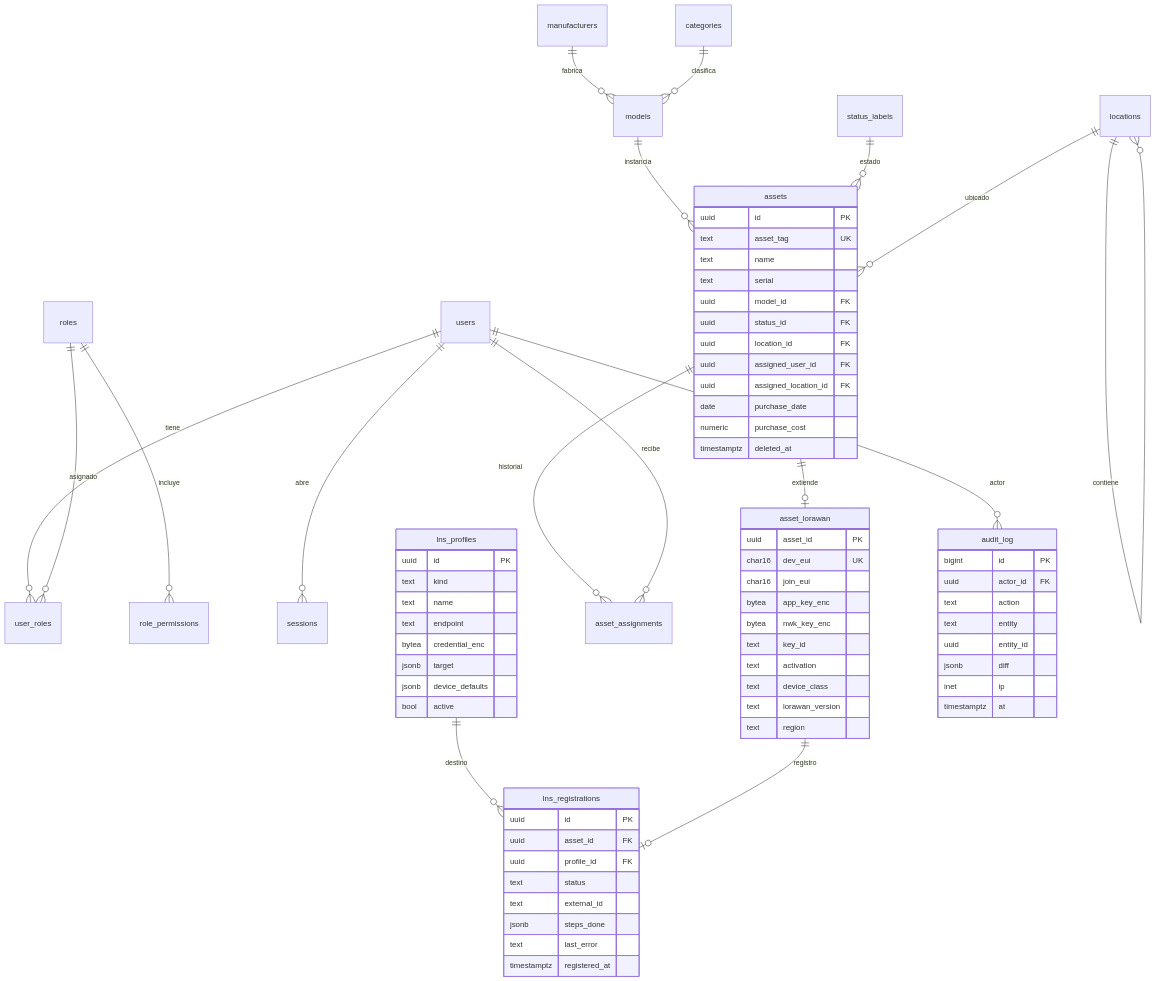
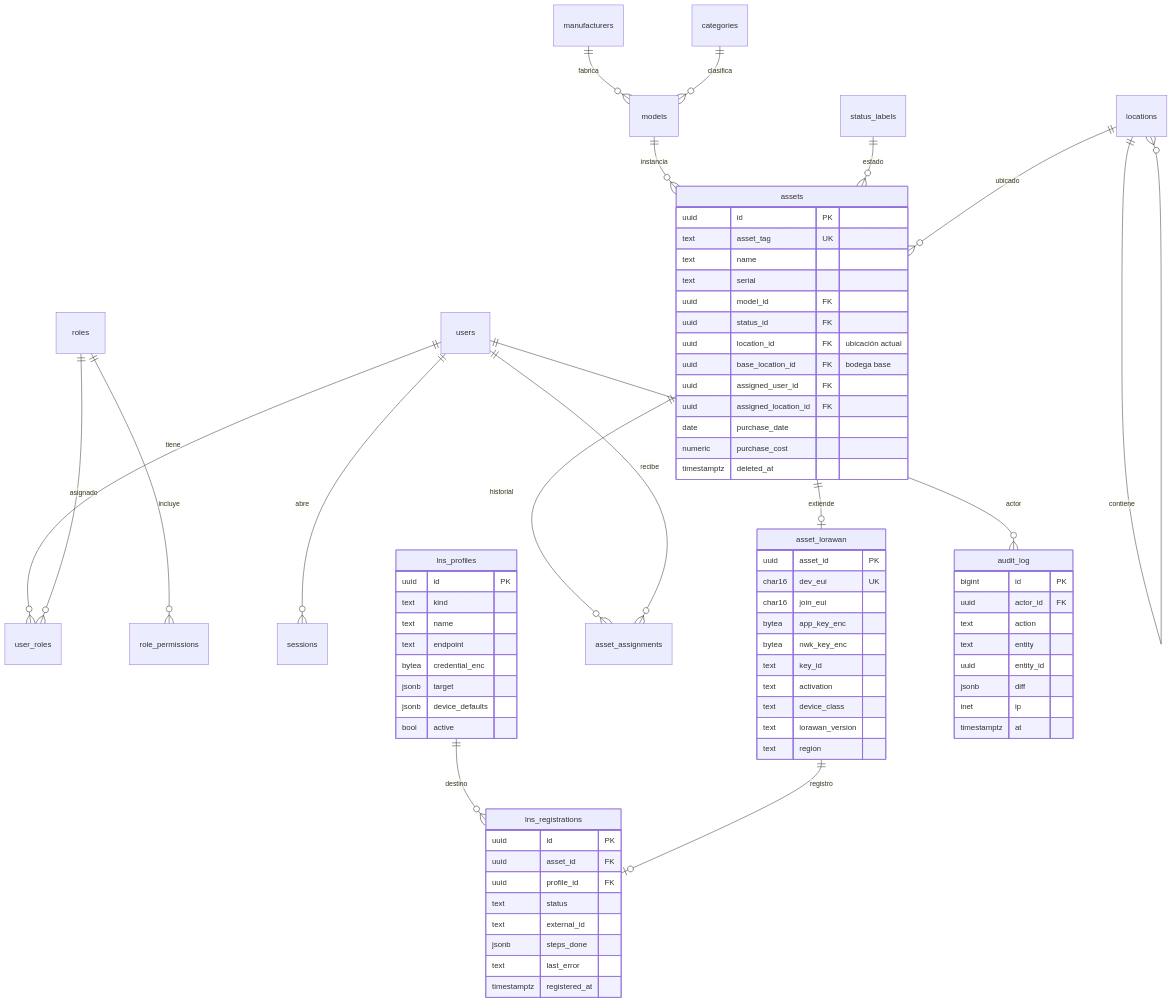
One commit to cvrsed/inventarius changed the third of 4 diagrams in docs/requirements.md. Above: the diagram before and after it, drawn with Mermaid. The commit also changed other lines of this file and 35 other files, not shown here.

First line of the commit message:
feat: tipo de ubicación, ubicación base y devolución a bodega (RF-12, RF-20, RF-23)

````diff
--- a/docs/requirements.md
+++ b/docs/requirements.md
@@ -319,76 +319,77 @@
 ```mermaid
 erDiagram
     users ||--o{ user_roles : tiene
     roles ||--o{ user_roles : asignado
     roles ||--o{ role_permissions : incluye
     users ||--o{ sessions : abre
     manufacturers ||--o{ models : fabrica
     categories ||--o{ models : clasifica
     models ||--o{ assets : instancia
     status_labels ||--o{ assets : estado
     locations ||--o{ assets : ubicado
     locations ||--o{ locations : contiene
     assets ||--o| asset_lorawan : extiende
     assets ||--o{ asset_assignments : historial
     users ||--o{ asset_assignments : recibe
     lns_profiles ||--o{ lns_registrations : destino
     asset_lorawan ||--o| lns_registrations : registro
     users ||--o{ audit_log : actor
 
     assets {
         uuid id PK
         text asset_tag UK
         text name
         text serial
         uuid model_id FK
         uuid status_id FK
-        uuid location_id FK
+        uuid location_id FK "ubicación actual"
+        uuid base_location_id FK "bodega base"
         uuid assigned_user_id FK
         uuid assigned_location_id FK
         date purchase_date
         numeric purchase_cost
         timestamptz deleted_at
     }
     asset_lorawan {
         uuid asset_id PK
         char16 dev_eui UK
         char16 join_eui
         bytea app_key_enc
         bytea nwk_key_enc
         text key_id
         text activation
         text device_class
         text lorawan_version
         text region
     }
     lns_profiles {
         uuid id PK
         text kind
         text name
         text endpoint
         bytea credential_enc
         jsonb target
         jsonb device_defaults
         bool active
     }
     lns_registrations {
         uuid id PK
         uuid asset_id FK
         uuid profile_id FK
         text status
         text external_id
         jsonb steps_done
         text last_error
         timestamptz registered_at
     }
     audit_log {
         bigint id PK
         uuid actor_id FK
         text action
         text entity
         uuid entity_id
         jsonb diff
         inet ip
         timestamptz at
     }
 ```
````
